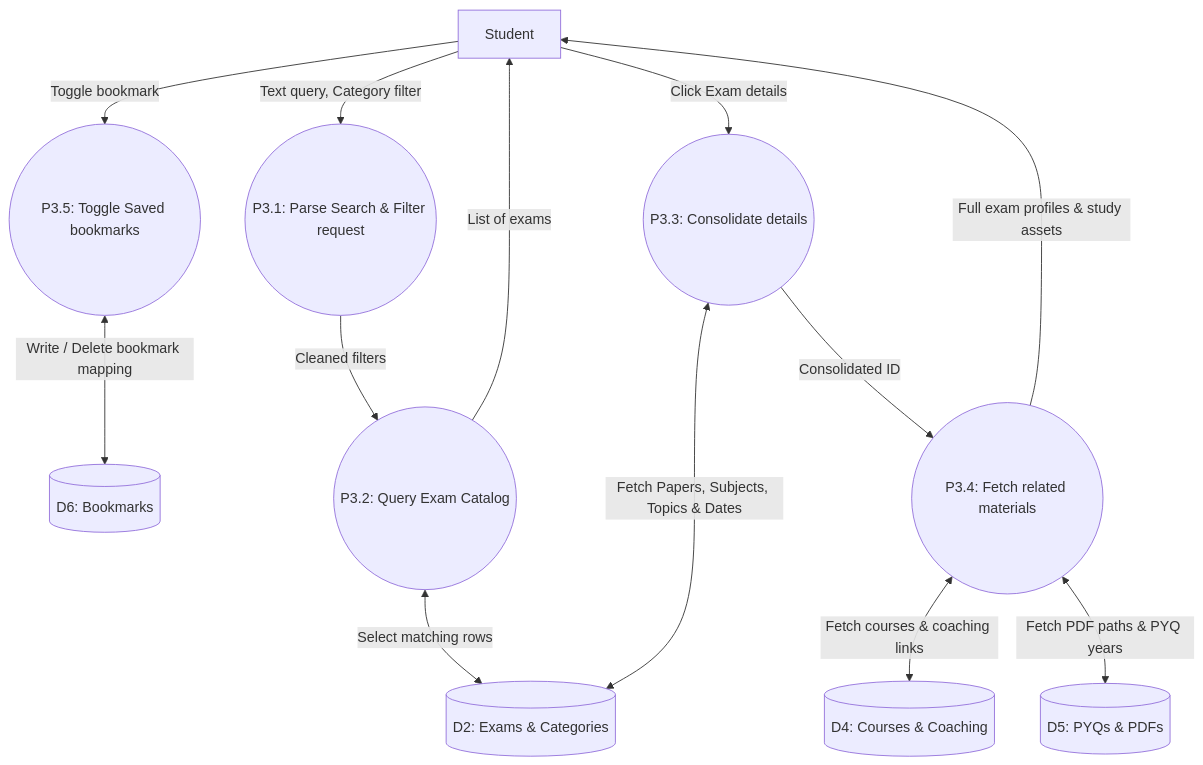
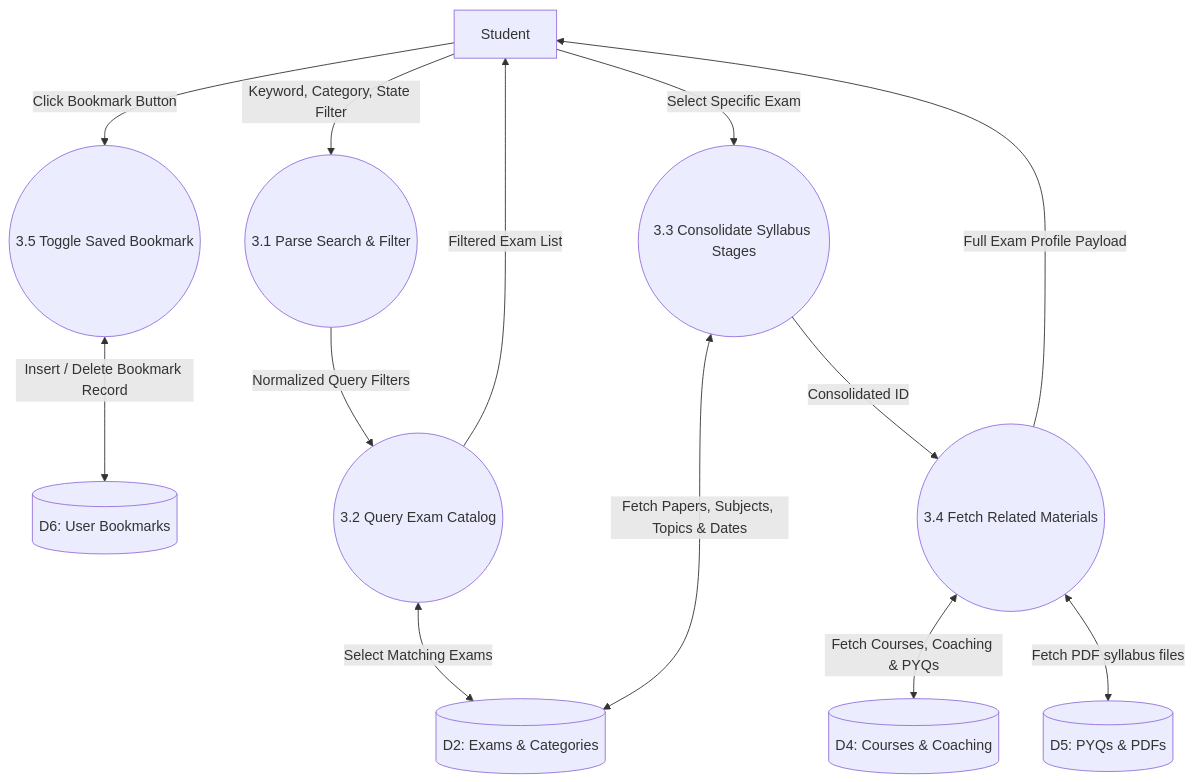
One commit to gauswamiashih/UDANPATH changed diagram 18 of 39 in docs/system_diagrams.md. Above: the diagram before and after it, drawn with Mermaid. The commit also changed other lines of this file and 41 other files, not shown here.

Commit message:
feat: user onboarding, education master data fallback, direct profile routing, and guest demo mode

````diff
--- a/docs/system_diagrams.md
+++ b/docs/system_diagrams.md
@@ -318,29 +1101,29 @@
 ```mermaid
 graph TD
-  Student[Student]
-  D2[(D2: Exams & Categories)]
-  D4[(D4: Courses & Coaching)]
-  D5[(D5: PYQs & PDFs)]
-  D6[(D6: Bookmarks)]
+  Student["Student"]
+  D2[("D2: Exams & Categories")]
+  D4[("D4: Courses & Coaching")]
+  D5[("D5: PYQs & PDFs")]
+  D6[("D6: User Bookmarks")]
 
-  P3_1((P3.1: Parse Search & Filter request))
-  P3_2((P3.2: Query Exam Catalog))
-  P3_3((P3.3: Consolidate details))
-  P3_4((P3.4: Fetch related materials))
-  P3_5((P3.5: Toggle Saved bookmarks))
+  P3_1((3.1 Parse Search & Filter))
+  P3_2((3.2 Query Exam Catalog))
+  P3_3((3.3 Consolidate Syllabus Stages))
+  P3_4((3.4 Fetch Related Materials))
+  P3_5((3.5 Toggle Saved Bookmark))
 
-  Student -->|Text query, Category filter| P3_1
-  P3_1 -->|Cleaned filters| P3_2
-  P3_2 <-->|Select matching rows| D2
-  P3_2 -->|List of exams| Student
-  
-  Student -->|Click Exam details| P3_3
+  Student -->|Keyword, Category, State Filter| P3_1
+  P3_1 -->|Normalized Query Filters| P3_2
+  P3_2 <-->|Select Matching Exams| D2
+  P3_2 -->|Filtered Exam List| Student
+
+  Student -->|Select Specific Exam| P3_3
   P3_3 <-->|Fetch Papers, Subjects, Topics & Dates| D2
   P3_3 -->|Consolidated ID| P3_4
-  P3_4 <-->|Fetch courses & coaching links| D4
-  P3_4 <-->|Fetch PDF paths & PYQ years| D5
-  P3_4 -->|Full exam profiles & study assets| Student
+  P3_4 <-->|Fetch Courses, Coaching & PYQs| D4
+  P3_4 <-->|Fetch PDF syllabus files| D5
+  P3_4 -->|Full Exam Profile Payload| Student
 
-  Student -->|Toggle bookmark| P3_5
-  P3_5 <-->|Write / Delete bookmark mapping| D6
+  Student -->|Click Bookmark Button| P3_5
+  P3_5 <-->|Insert / Delete Bookmark Record| D6
 ```
````
